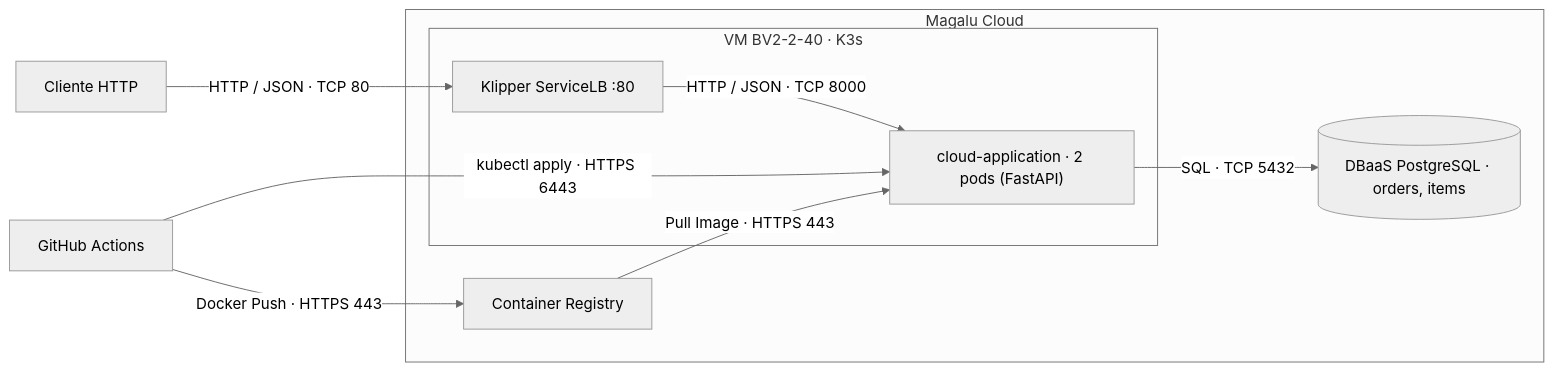
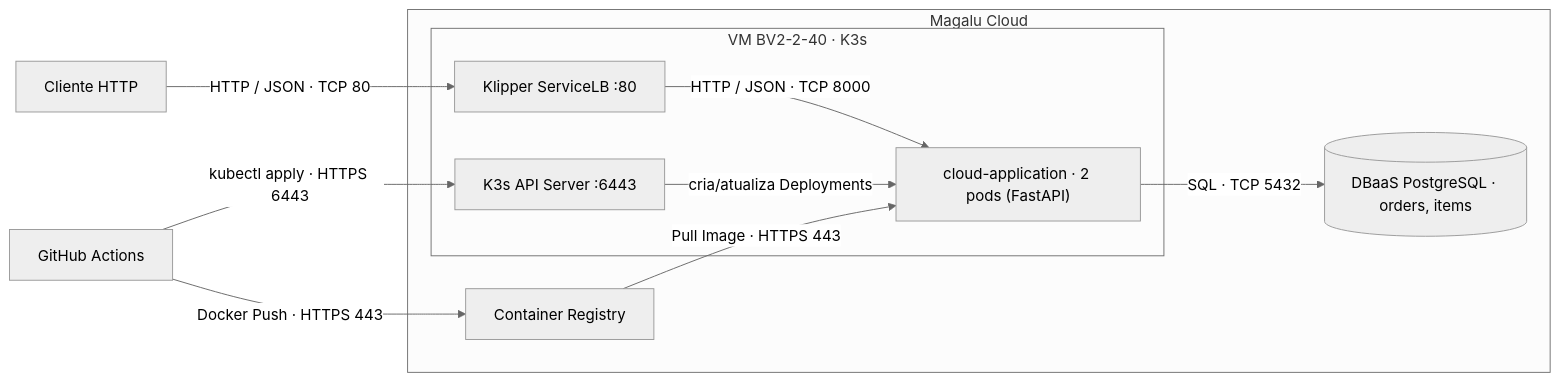
One commit to santesther/move-tech-cloud-application-comp-6 changed the diagram in docs/architecture.md. Above: the diagram before and after it, drawn with Mermaid (neutral theme).

Commit message:
Potential fix for pull request finding

````diff
--- a/docs/architecture.md
+++ b/docs/architecture.md
@@ -19,21 +19,23 @@
 ```mermaid
 flowchart LR
     cliente["Cliente HTTP"]
     gh["GitHub Actions"]
     
     subgraph mgc["Magalu Cloud"]
         subgraph vm["VM BV2-2-40 · K3s"]
+            kube["K3s API Server :6443"]
             svc["Klipper ServiceLB :80"]
             app["cloud-application · 2 pods (FastAPI)"]
         end
         db[("DBaaS PostgreSQL · orders, items")]
         reg["Container Registry"]
     end
 
     cliente -->|HTTP / JSON · TCP 80| svc
     svc -->|HTTP / JSON · TCP 8000| app
     app -->|SQL · TCP 5432| db
     gh -->|Docker Push · HTTPS 443| reg
-    gh -->|kubectl apply · HTTPS 6443| app
+    gh -->|kubectl apply · HTTPS 6443| kube
+    kube -->|cria/atualiza Deployments| app
     reg -->|Pull Image · HTTPS 443| app
 ```
````
